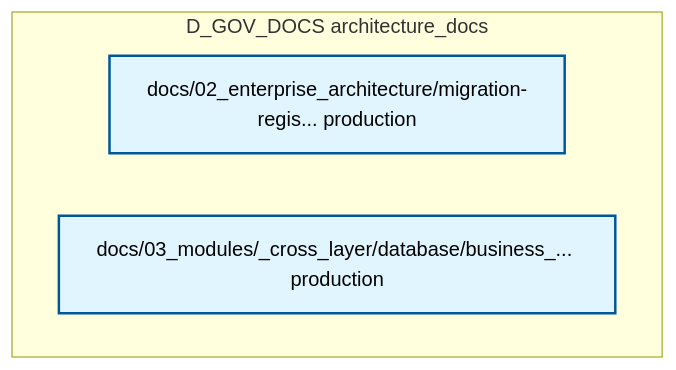
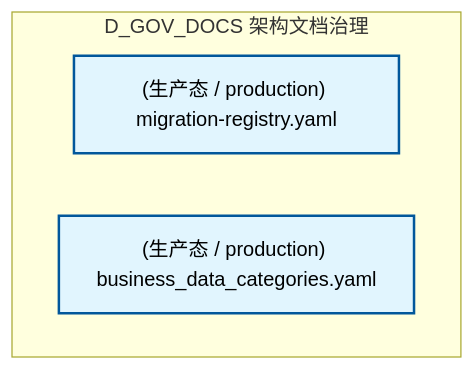
The diagram in docs/02_enterprise_architecture/02_domain_architecture_docs/33_d_gov_docs.md (xuanFelixVan/ZephyrAlpha), drawn with Mermaid before and after one commit. The commit also changed other lines of this file and 100 other files, not shown here.

````diff
--- a/docs/02_enterprise_architecture/02_domain_architecture_docs/33_d_gov_docs.md
+++ b/docs/02_enterprise_architecture/02_domain_architecture_docs/33_d_gov_docs.md
@@ -47,12 +49,12 @@
 ```mermaid
 graph TD
-    subgraph D_GOV_DOCS["D_GOV_DOCS architecture_docs"]
-        docs_02_enterprise_architecture_migration_registry_yaml["docs/02_enterprise_architecture/migration-regis... production"]
-        docs_03_modules_cross_layer_database_business_data_categories_yaml["docs/03_modules/_cross_layer/database/business_... production"]
+    subgraph D_GOV_DOCS["D_GOV_DOCS 架构文档治理"]
+        docs_02_enterprise_architecture_migration_registry_yaml["(生产态 / production) migration-registry.yaml"]
+        docs_03_modules_cross_layer_database_business_data_categories_yaml["(生产态 / production) business_data_categories.yaml"]
     end
     classDef production fill:#e1f5fe,stroke:#01579b,stroke-width:2px,color:#000
     classDef design fill:#fff3e0,stroke:#e65100,stroke-width:2px,color:#000,stroke-dasharray: 5 5
     classDef external_prod fill:#e8f5e9,stroke:#1b5e20,stroke-width:1px,color:#000
     classDef external_design fill:#fce4ec,stroke:#880e4f,stroke-width:1px,color:#000,stroke-dasharray: 5 5
     class docs_02_enterprise_architecture_migration_registry_yaml,docs_03_modules_cross_layer_database_business_data_categories_yaml production
 ```
````
